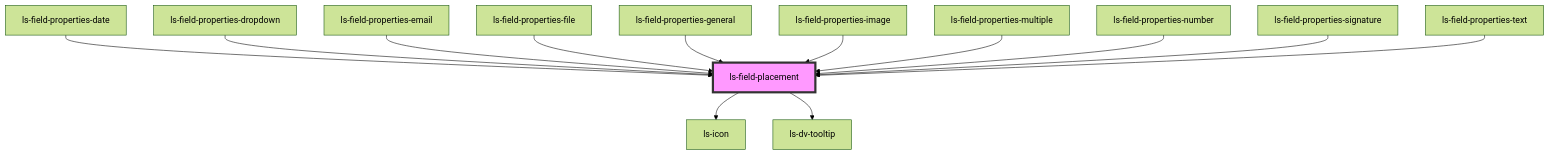
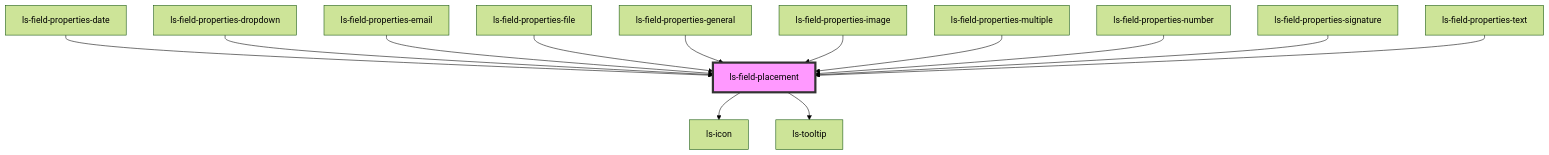
The diagram in src/components/ls-field-placement/readme.md (legalesign/ls-document-viewer), drawn with Mermaid (forest theme) before and after one commit. The commit also changed other lines of this file and 52 other files, not shown here.

````diff
--- a/src/components/ls-field-placement/readme.md
+++ b/src/components/ls-field-placement/readme.md
@@ -43,16 +43,16 @@
 ```mermaid
 graph TD;
   ls-field-placement --> ls-icon
-  ls-field-placement --> ls-dv-tooltip
+  ls-field-placement --> ls-tooltip
   ls-field-properties-date --> ls-field-placement
   ls-field-properties-dropdown --> ls-field-placement
   ls-field-properties-email --> ls-field-placement
   ls-field-properties-file --> ls-field-placement
   ls-field-properties-general --> ls-field-placement
   ls-field-properties-image --> ls-field-placement
   ls-field-properties-multiple --> ls-field-placement
   ls-field-properties-number --> ls-field-placement
   ls-field-properties-signature --> ls-field-placement
   ls-field-properties-text --> ls-field-placement
   style ls-field-placement fill:#f9f,stroke:#333,stroke-width:4px
 ```
````
